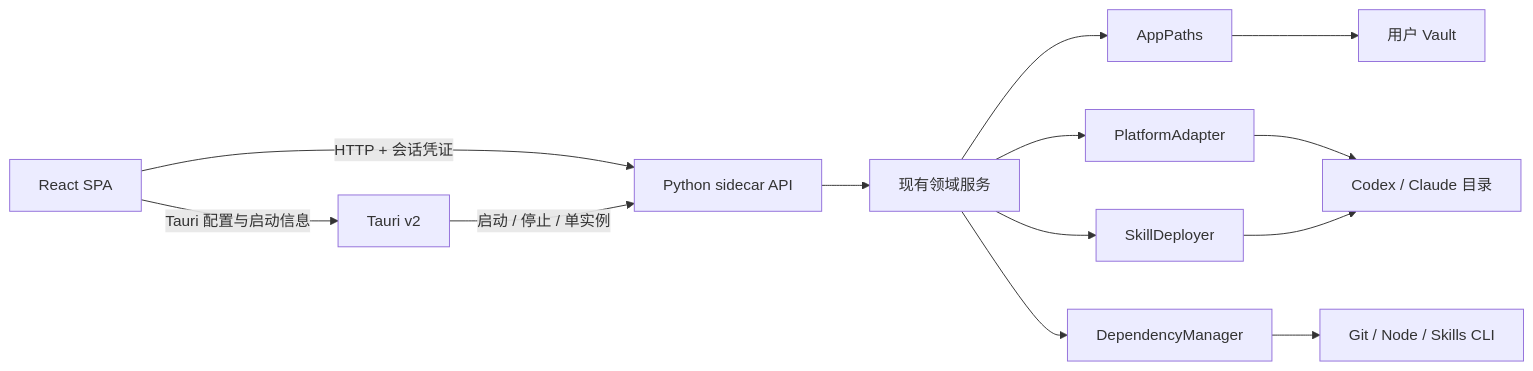
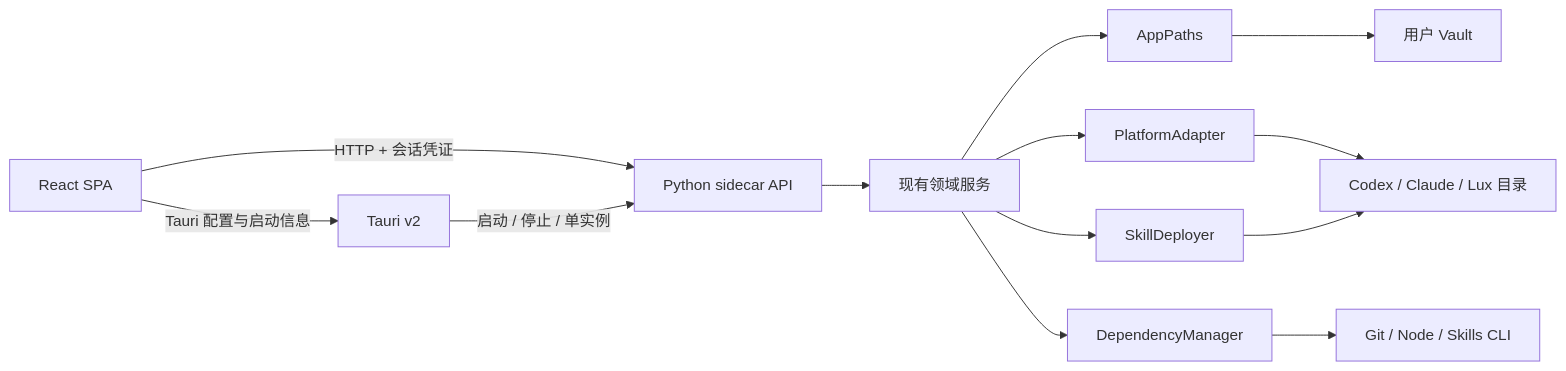
The diagram in docs/specs/cross-platform-desktop/design.md (Cai-zhiji/skills-vault-v2), drawn with Mermaid before and after one commit. The commit also changed other lines of this file and 30 other files, not shown here.

````diff
--- a/docs/specs/cross-platform-desktop/design.md
+++ b/docs/specs/cross-platform-desktop/design.md
@@ -11,15 +11,15 @@
 ```mermaid
 flowchart LR
     React["React SPA"] -->|Tauri 配置与启动信息| Shell["Tauri v2"]
     React -->|HTTP + 会话凭证| API["Python sidecar API"]
     Shell -->|启动 / 停止 / 单实例| API
     API --> Core["现有领域服务"]
     Core --> Paths["AppPaths"]
     Core --> Platforms["PlatformAdapter"]
     Core --> Deployer["SkillDeployer"]
     Core --> Dependencies["DependencyManager"]
     Paths --> Vault["用户 Vault"]
-    Platforms --> AgentDirs["Codex / Claude 目录"]
+    Platforms --> AgentDirs["Codex / Claude / Lux 目录"]
     Deployer --> AgentDirs
     Dependencies --> External["Git / Node / Skills CLI"]
 ```
````
